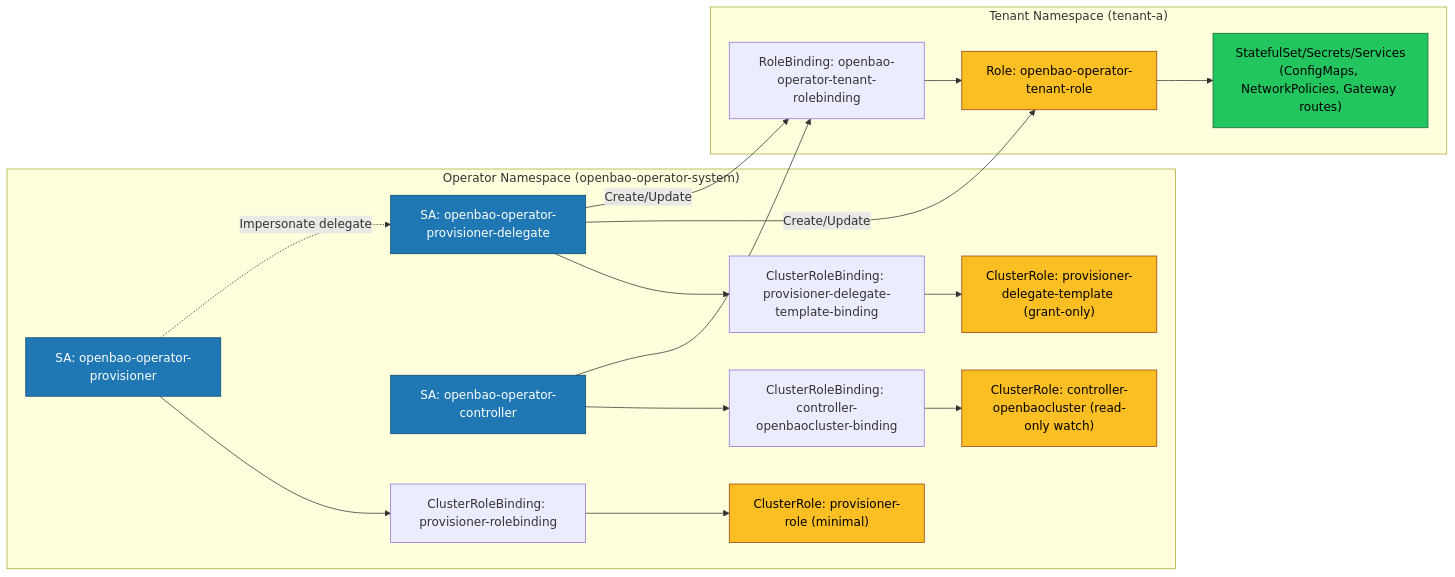
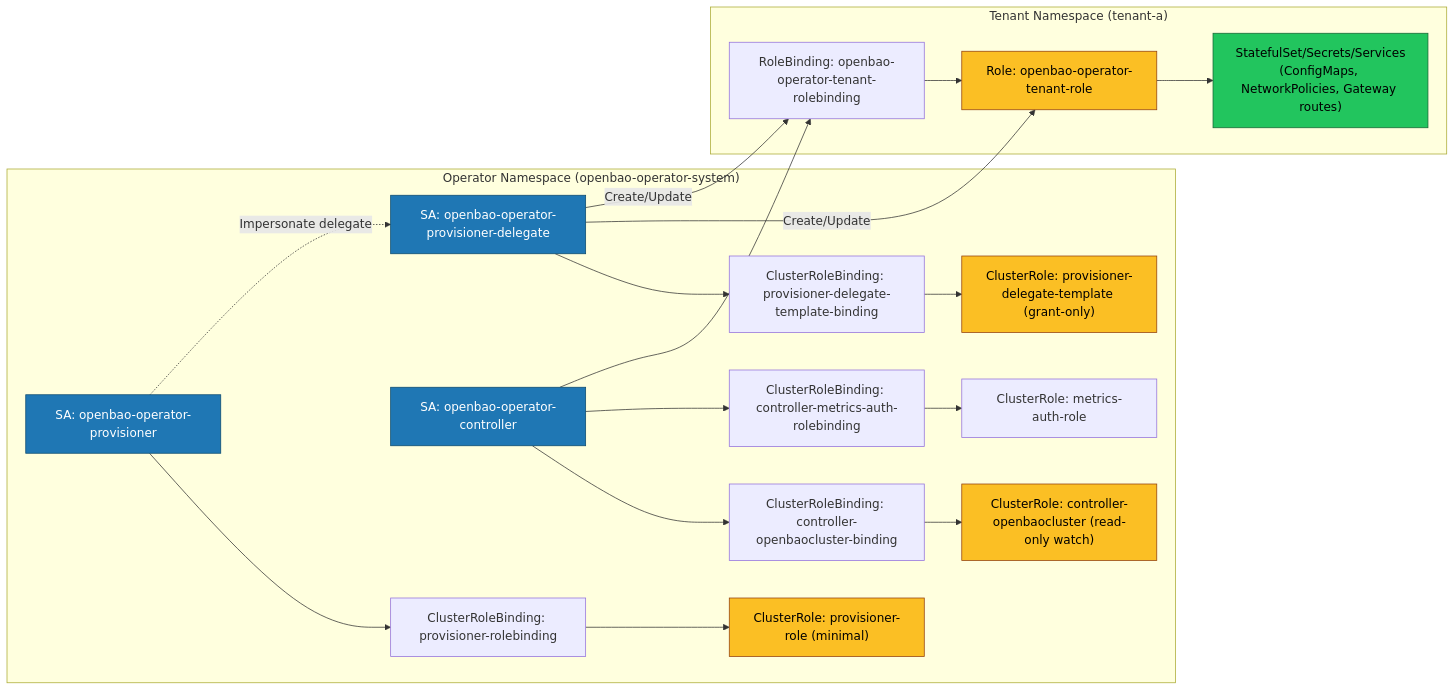
Before and after one commit to dc-tec/openbao-operator: the diagram in docs/security/infrastructure/rbac.md, drawn with Mermaid. The commit also changed other lines of this file and 54 other files, not shown here.

````diff
--- a/docs/security/infrastructure/rbac.md
+++ b/docs/security/infrastructure/rbac.md
@@ -35,43 +37,47 @@
 ```mermaid
 flowchart LR
     subgraph OperatorNS["Operator Namespace (openbao-operator-system)"]
         Psa["SA: openbao-operator-provisioner"]
         Dsa["SA: openbao-operator-provisioner-delegate"]
         Csa["SA: openbao-operator-controller"]
         Pcr["ClusterRole: provisioner-role (minimal)"]
         Ttmpl["ClusterRole: provisioner-delegate-template (grant-only)"]
         Ccr["ClusterRole: controller-openbaocluster (read-only watch)"]
+        Mcr["ClusterRole: metrics-auth-role"]
         Pcrb["ClusterRoleBinding: provisioner-rolebinding"]
         Tbind["ClusterRoleBinding: provisioner-delegate-template-binding"]
         Ccrb["ClusterRoleBinding: controller-openbaocluster-binding"]
+        Mcrb["ClusterRoleBinding: controller-metrics-auth-rolebinding"]
     end
 
     subgraph TenantNS["Tenant Namespace (tenant-a)"]
         Trole["Role: openbao-operator-tenant-role"]
         Troleb["RoleBinding: openbao-operator-tenant-rolebinding"]
         BaoSts["StatefulSet/Secrets/Services\n(ConfigMaps, NetworkPolicies, Gateway routes)"]
     end
 
     Psa --> Pcrb
     Pcrb --> Pcr
     Dsa --> Tbind
     Tbind --> Ttmpl
 
     Csa --> Ccrb
     Ccrb --> Ccr
+    Csa --> Mcrb
+    Mcrb --> Mcr
 
     Psa -.->|"Impersonate delegate"| Dsa
     Dsa -->|"Create/Update"| Trole
     Dsa -->|"Create/Update"| Troleb
     Csa --> Troleb
     Troleb --> Trole
     Trole --> BaoSts
 
     classDef sa fill:#1f77b4,stroke:#0c4a6e,color:#fff;
     classDef role fill:#fbbf24,stroke:#92400e,color:#000;
     classDef sts fill:#22c55e,stroke:#166534,color:#000;
 
     class Psa,Dsa,Csa sa;
     class Pcr,Ttmpl,Ccr,Trole role;
     class BaoSts sts;
 ```
````
